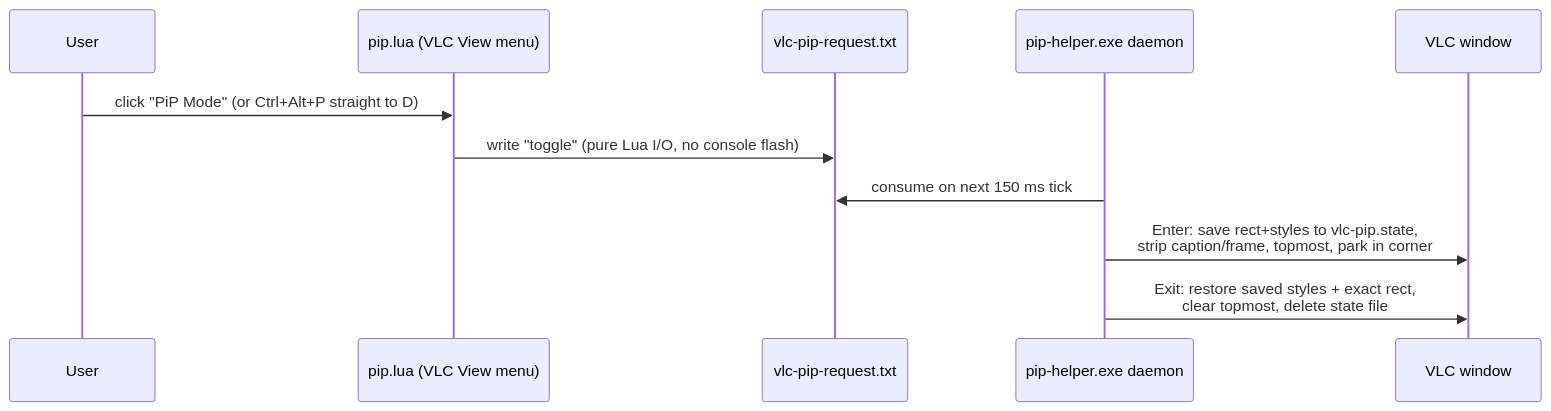
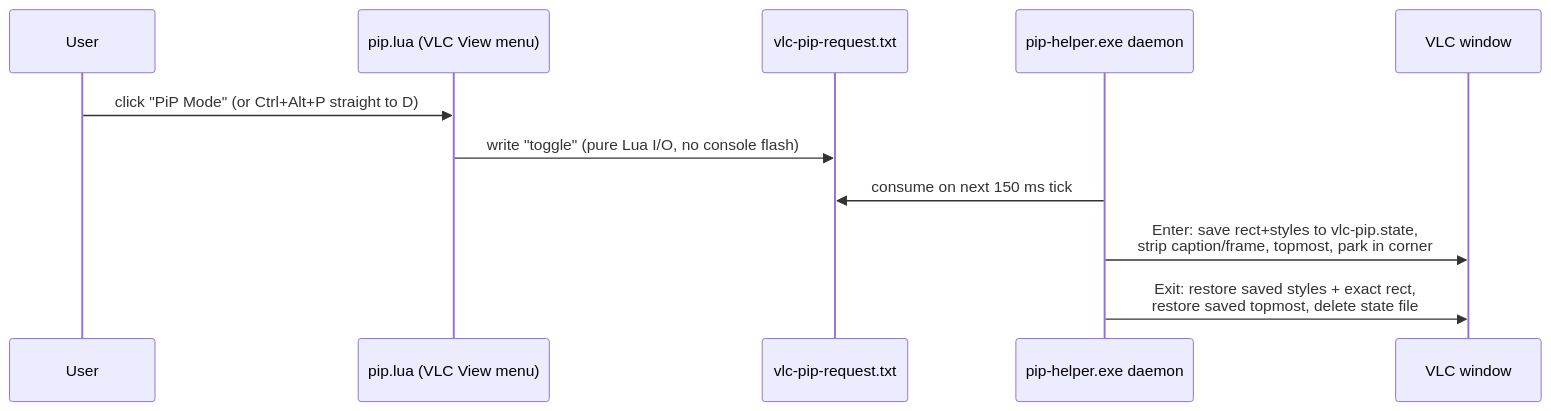
Before and after one commit to Bug-Finderr/vlc-pip: the first of 2 diagrams in docs/ARCHITECTURE.md, drawn with Mermaid. The commit also changed other lines of this file and 2 other files, not shown here.

````diff
--- a/docs/ARCHITECTURE.md
+++ b/docs/ARCHITECTURE.md
@@ -7,14 +7,14 @@
 ```mermaid
 sequenceDiagram
     participant U as User
     participant L as pip.lua (VLC View menu)
     participant R as vlc-pip-request.txt
     participant D as pip-helper.exe daemon
     participant V as VLC window
 
     U->>L: click "PiP Mode" (or Ctrl+Alt+P straight to D)
     L->>R: write "toggle" (pure Lua I/O, no console flash)
     D->>R: consume on next 150 ms tick
     D->>V: Enter: save rect+styles to vlc-pip.state,<br>strip caption/frame, topmost, park in corner
-    D->>V: Exit: restore saved styles + exact rect,<br>clear topmost, delete state file
+    D->>V: Exit: restore saved styles + exact rect,<br>restore saved topmost, delete state file
 ```
````
